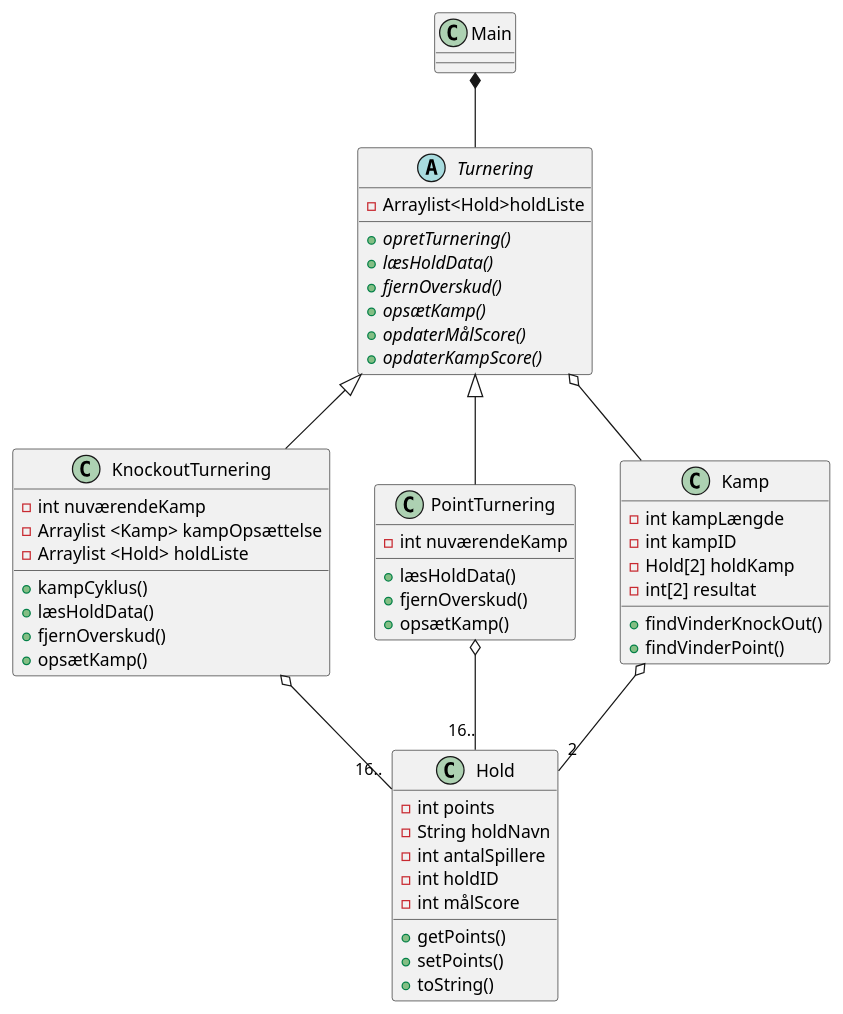
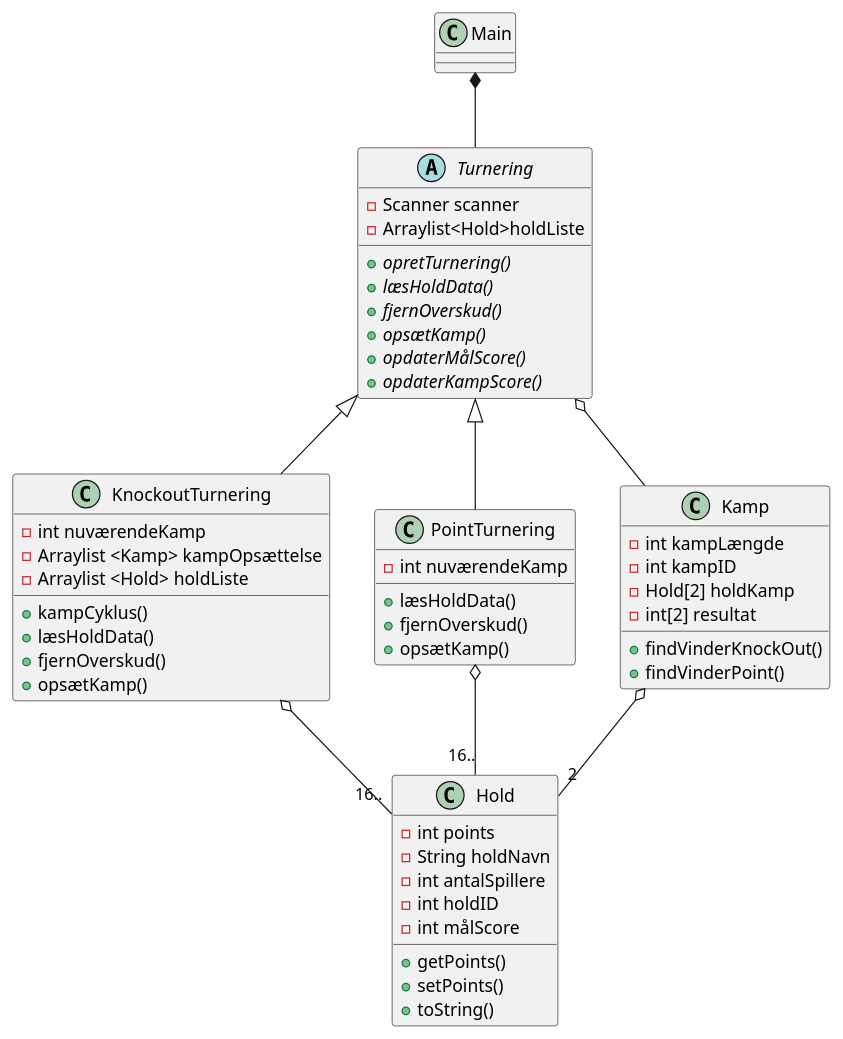
Before and after one commit to Datamatiker-A3/SP3: the diagram in SP3/src/UML/Klassediagram.puml, drawn with PlantUML. The commit also changed 1 other file, not shown here.

Commit message:
Updated UML

```diff
--- a/SP3/src/UML/Klassediagram.puml
+++ b/SP3/src/UML/Klassediagram.puml
@@ -1,69 +1,70 @@
 @startuml
 'https://plantuml.com/class-diagram
 
 abstract class Turnering
 class Main
 class Hold
 class KnockoutTurnering
 class PointTurnering
 class Kamp
 
 Main *-- Turnering
 Turnering <|-- KnockoutTurnering
 Turnering<|-- PointTurnering
 KnockoutTurnering o-- "16.." Hold
 PointTurnering o-- "16.." Hold
 Turnering o-- Kamp
 Kamp o-- "2" Hold
 
 
 class Main {
 
 }
 class Kamp{
 - int kampLængde
 - int kampID
 - Hold[2] holdKamp
 - int[2] resultat
 + findVinderKnockOut()
 + findVinderPoint()
 }
 
 class Hold{
 - int points
 - String holdNavn
 - int antalSpillere
 - int holdID
 - int målScore
 + getPoints()
 + setPoints()
 + toString()
 
 }
 abstract class Turnering{
+- Scanner scanner
 - Arraylist<Hold>holdListe
 + {abstract}opretTurnering()
 + {abstract}læsHoldData()
 + {abstract}fjernOverskud()
 + {abstract}opsætKamp()
 + {abstract}opdaterMålScore()
 + {abstract}opdaterKampScore()
 }
 class KnockoutTurnering{
 - int nuværendeKamp
 - Arraylist <Kamp> kampOpsættelse
 - Arraylist <Hold> holdListe
 + kampCyklus()
 + læsHoldData()
 + fjernOverskud()
 + opsætKamp()
 }
 class PointTurnering{
 - int nuværendeKamp
 + læsHoldData()
 + fjernOverskud()
 + opsætKamp()
 }
 
 
 @enduml
```
